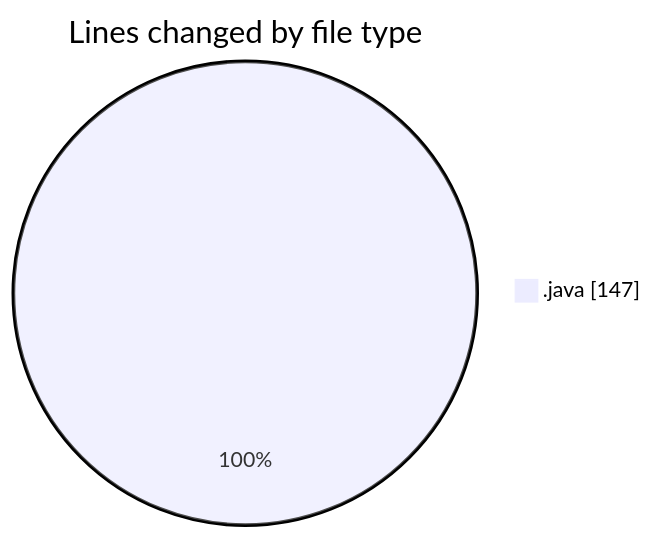
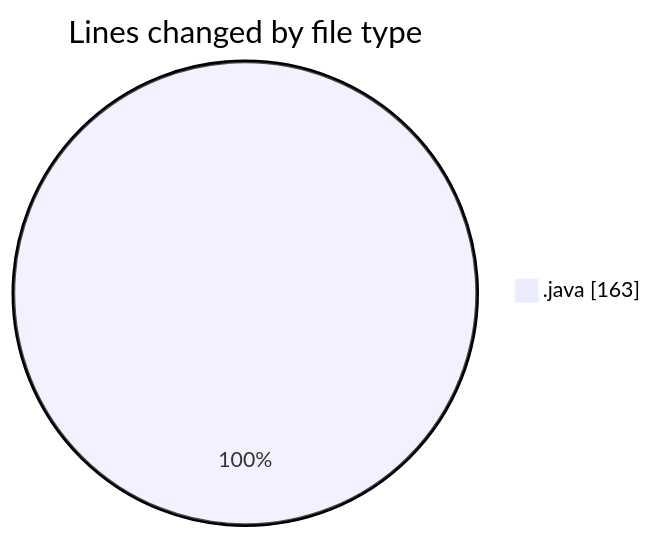
The first of 2 diagrams in 2025-01-29/java/README.md (NitaiMahat/code-tracking), drawn with Mermaid before and after one commit. The commit also changed other lines of this file and 1 other file, not shown here.

````diff
--- a/2025-01-29/java/README.md
+++ b/2025-01-29/java/README.md
@@ -24,5 +24,5 @@
 ```mermaid
 pie showData
 title Lines changed by file type
-".java" : 147
+".java" : 163
 ```
````
